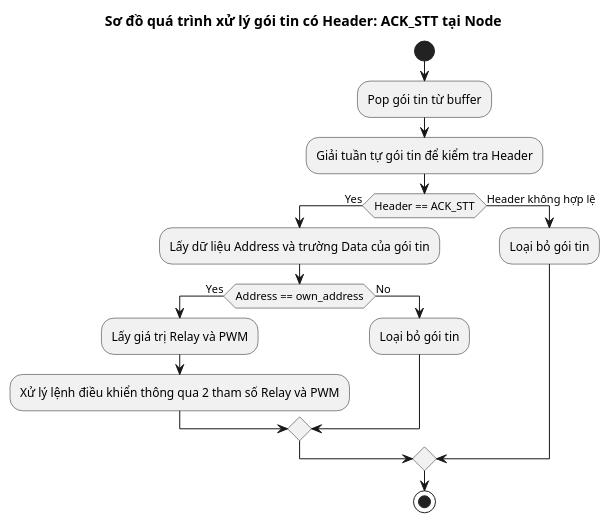
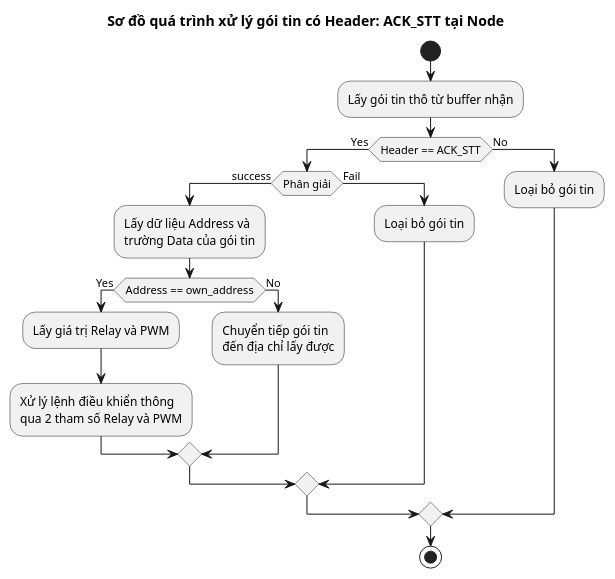
The diagram in design/src/node_ack.wsd (laduc11/light_system_iot), drawn with PlantUML before and after one commit. The commit also changed 10 other files, not shown here.

Commit message:
Refactor activity diagrams relate to mesage processing in node, gateway

```diff
--- a/design/src/node_ack.wsd
+++ b/design/src/node_ack.wsd
@@ -1,21 +1,26 @@
 @startuml node_process_ACK_STT
 title Sơ đồ quá trình xử lý gói tin có Header: ACK_STT tại Node
 
 start
-    :Pop gói tin từ buffer;
-    :Giải tuần tự gói tin để kiểm tra Header;
+    :Lấy gói tin thô từ buffer nhận;
 
     if (Header == ACK_STT) then (Yes)
-        :Lấy dữ liệu Address và trường Data của gói tin;
-        if (Address == own_address) then (Yes)
-            :Lấy giá trị Relay và PWM;
-            :Xử lý lệnh điều khiển thông qua 2 tham số Relay và PWM;
-        else (No)
+        if (Phân giải) then (success) 
+            :Lấy dữ liệu Address và 
+            trường Data của gói tin;
+            if (Address == own_address) then (Yes)
+                :Lấy giá trị Relay và PWM;
+                :Xử lý lệnh điều khiển thông 
+                qua 2 tham số Relay và PWM;
+            else (No)
+                :Chuyển tiếp gói tin 
+                đến địa chỉ lấy được;
+            endif
+        else (Fail)
             :Loại bỏ gói tin;
         endif
-    else (Header không hợp lệ)
+    else (No)
         :Loại bỏ gói tin;
     endif
-
 stop
 @enduml
```
